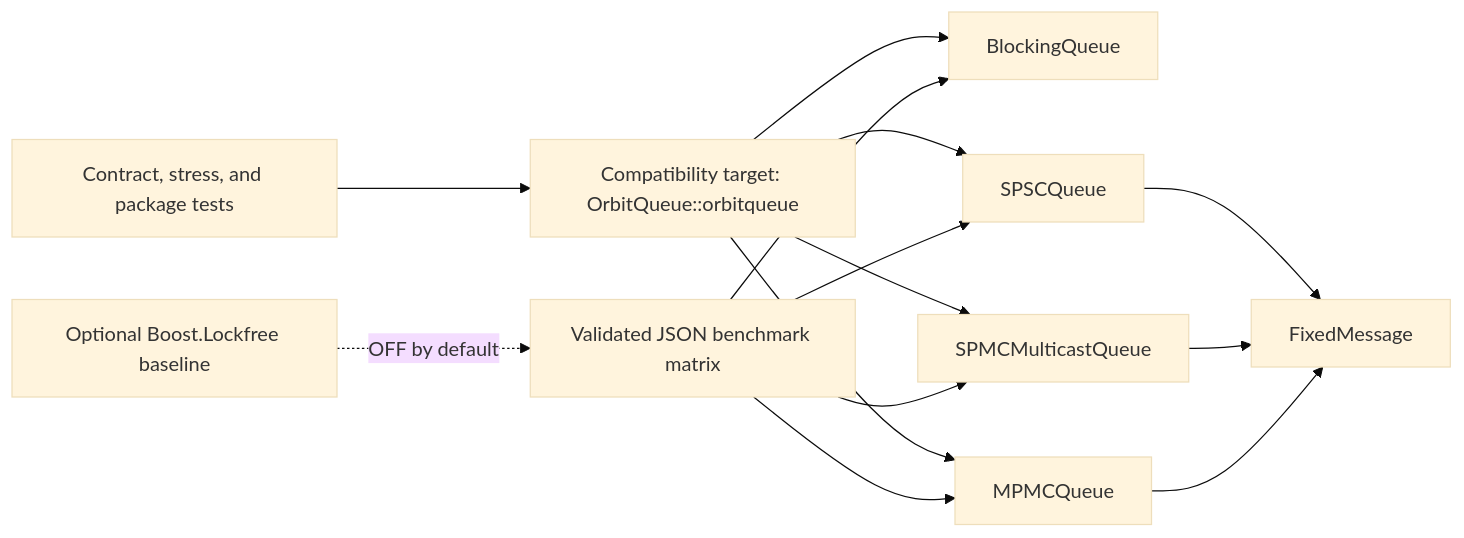
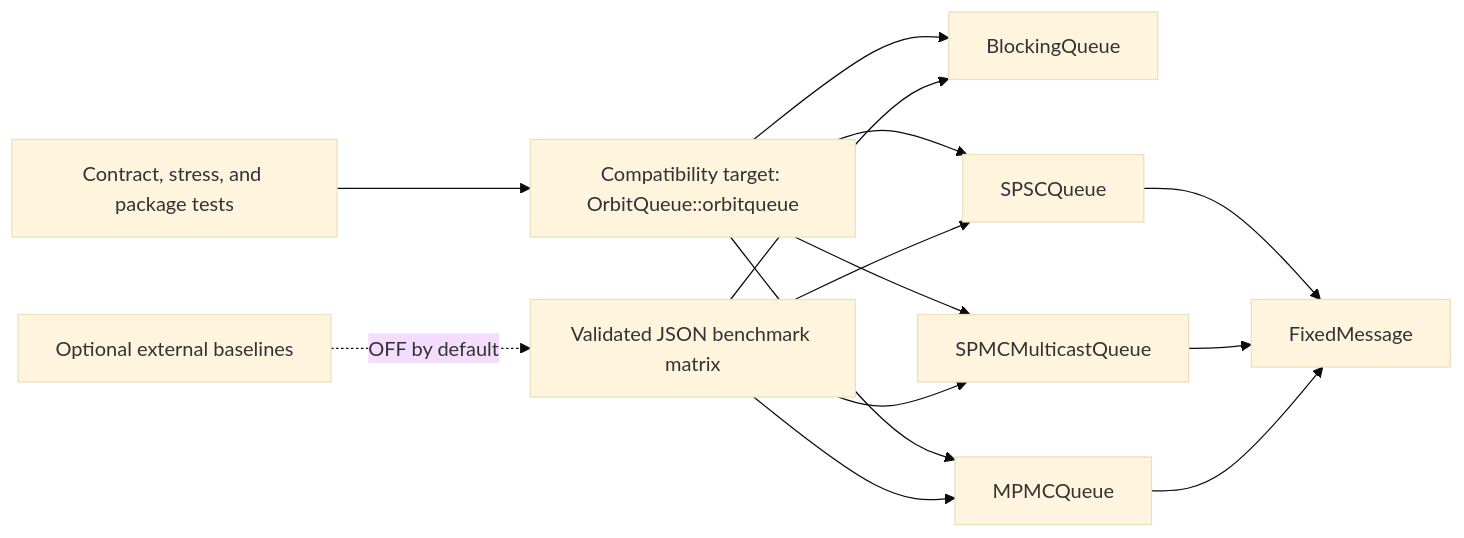
One commit to suhaasgaddala/Line64 changed the diagram in docs/architecture.md. Above: the diagram before and after it, drawn with Mermaid (base theme). The commit also changed other lines of this file and 18 other files, not shown here.

Commit message:
Add semantics-grouped external benchmark baselines

````diff
--- a/docs/architecture.md
+++ b/docs/architecture.md
@@ -7,16 +7,16 @@
 ```mermaid
 flowchart LR
     API["Compatibility target: OrbitQueue::orbitqueue"] --> BQ["BlockingQueue<T>"]
     API --> MPMC["MPMCQueue<N>"]
     API --> SPSC["SPSCQueue<N>"]
     API --> SPMC["SPMCMulticastQueue<N>"]
     SPSC --> FM["FixedMessage<N>"]
     SPMC --> FM
     MPMC --> FM
     TESTS["Contract, stress, and package tests"] --> API
     BENCH["Validated JSON benchmark matrix"] --> BQ
     BENCH --> MPMC
     BENCH --> SPSC
     BENCH --> SPMC
-    BOOST["Optional Boost.Lockfree baseline"] -. "OFF by default" .-> BENCH
+    EXT["Optional external baselines"] -. "OFF by default" .-> BENCH
 ```
````
